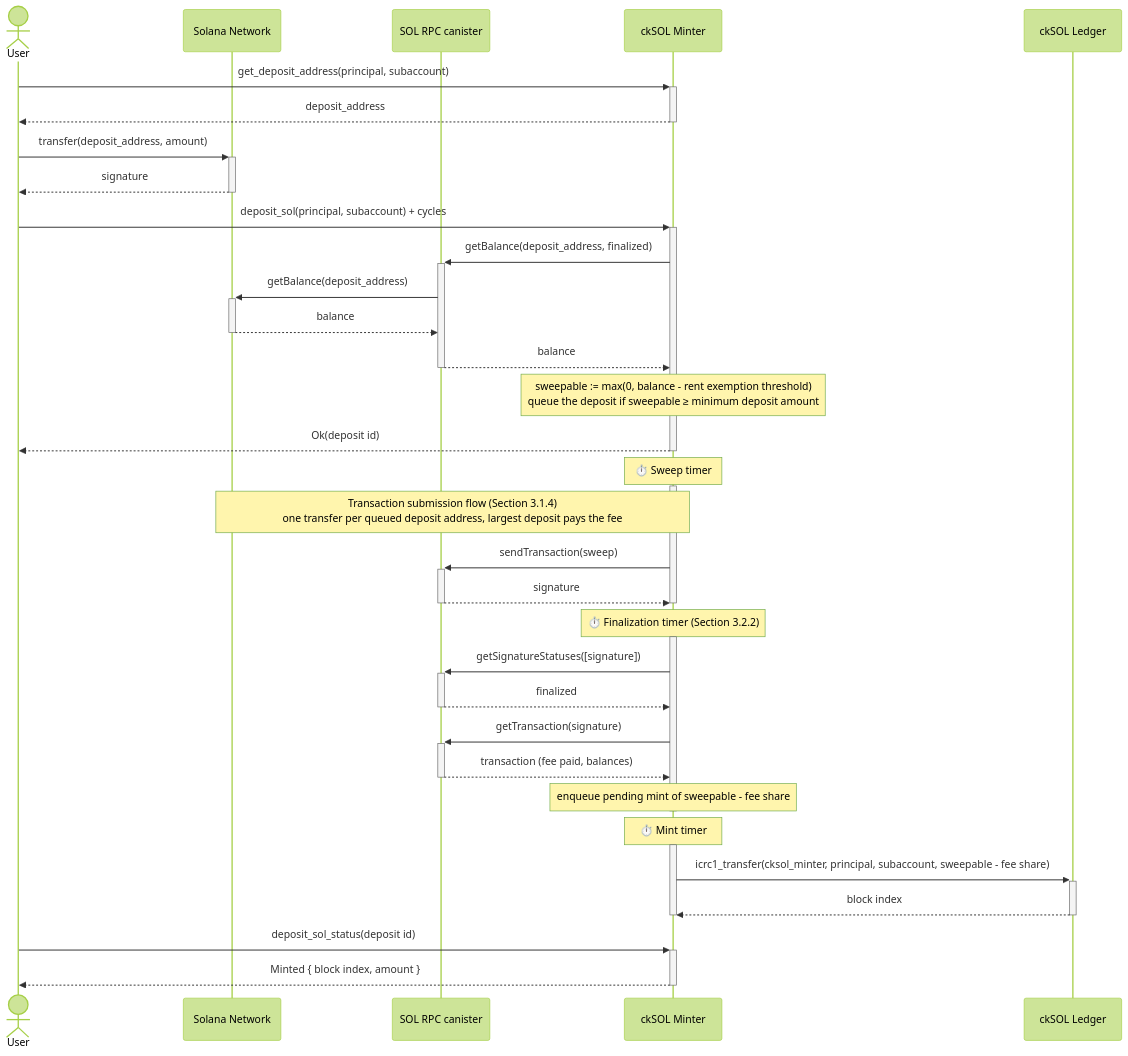
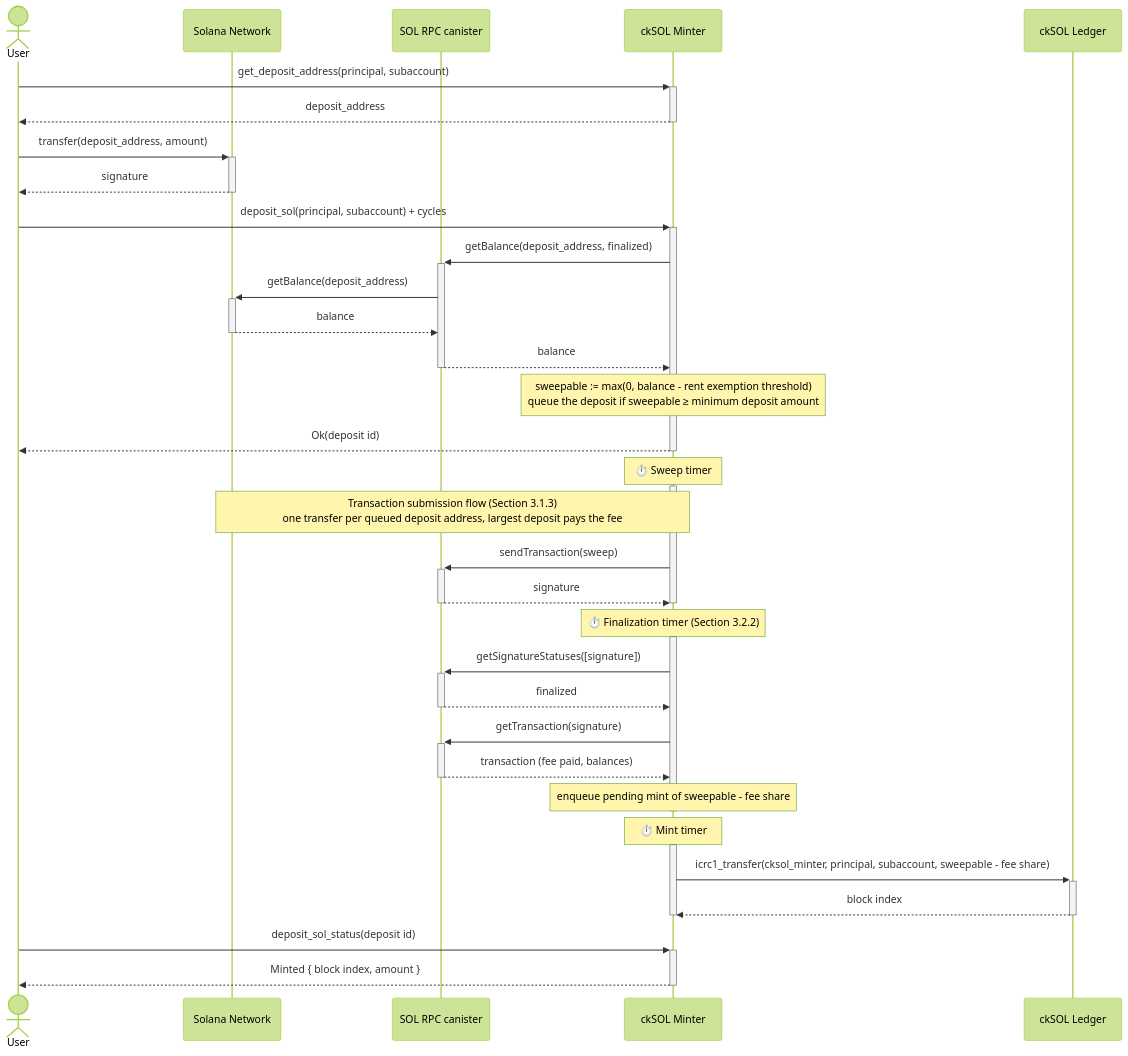
The third of 8 diagrams in docs/design.md (dfinity/cksol), drawn with Mermaid (forest theme) before and after one commit. The commit also changed other lines of this file, not shown here.

First line of the commit message:
docs: drop the deposit transaction validation section

````diff
--- a/docs/design.md
+++ b/docs/design.md
@@ -332,45 +197,45 @@
 ```mermaid
 sequenceDiagram
     actor User
     participant Solana as Solana Network
     participant RPC as SOL RPC canister
     participant Minter as ckSOL Minter
     participant Ledger as ckSOL Ledger
 
     User->>+Minter: get_deposit_address(principal, subaccount)
     Minter-->>-User: deposit_address
     User->>+Solana: transfer(deposit_address, amount)
     Solana-->>-User: signature
     User->>+Minter: deposit_sol(principal, subaccount) + cycles
     Minter->>+RPC: getBalance(deposit_address, finalized)
     RPC->>+Solana: getBalance(deposit_address)
     Solana-->>-RPC: balance
     RPC-->>-Minter: balance
     Note over Minter: sweepable := max(0, balance - rent exemption threshold)<br/>queue the deposit if sweepable ≥ minimum deposit amount
     Minter-->>-User: Ok(deposit id)
 
     Note over Minter: ⏱️ Sweep timer
     activate Minter
-    Note over Solana,Minter: Transaction submission flow (Section 3.1.4)<br/>one transfer per queued deposit address, largest deposit pays the fee
+    Note over Solana,Minter: Transaction submission flow (Section 3.1.3)<br/>one transfer per queued deposit address, largest deposit pays the fee
     Minter->>+RPC: sendTransaction(sweep)
     RPC-->>-Minter: signature
     deactivate Minter
 
     Note over Minter: ⏱️ Finalization timer (Section 3.2.2)
     activate Minter
     Minter->>+RPC: getSignatureStatuses([signature])
     RPC-->>-Minter: finalized
     Minter->>+RPC: getTransaction(signature)
     RPC-->>-Minter: transaction (fee paid, balances)
     Note over Minter: enqueue pending mint of sweepable - fee share
     deactivate Minter
 
     Note over Minter: ⏱️ Mint timer
     activate Minter
     Minter->>+Ledger: icrc1_transfer(cksol_minter, principal, subaccount, sweepable - fee share)
     Ledger-->>-Minter: block index
     deactivate Minter
 
     User->>+Minter: deposit_sol_status(deposit id)
     Minter-->>-User: Minted { block index, amount }
 ```
````
